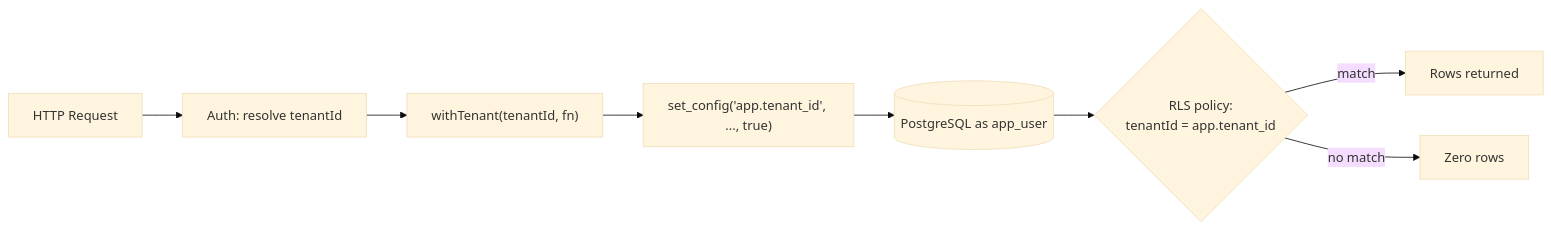
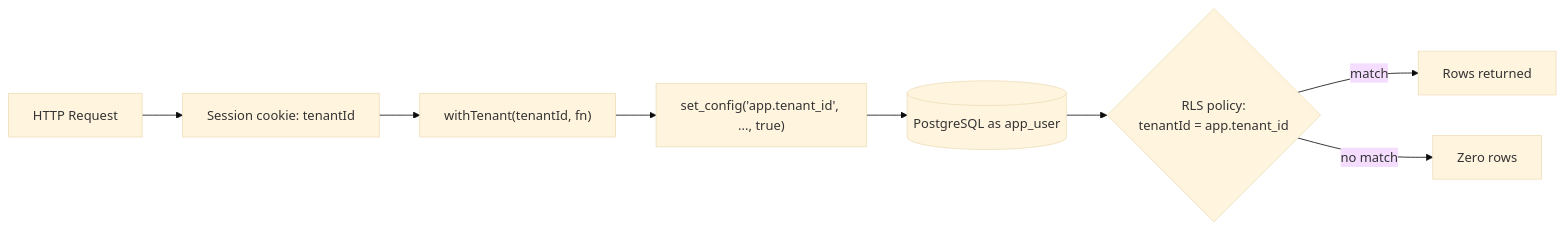
One commit to Tooba-Tanvir/tenantbook changed the second of 2 diagrams in README.md. Above: the diagram before and after it, drawn with Mermaid (base theme). The commit also changed other lines of this file, not shown here.

Commit message:
Week 2: booking APIs with idempotency, calendar UI, auth, RLS grants

````diff
--- a/README.md
+++ b/README.md
@@ -59,10 +135,10 @@
 ```mermaid
 flowchart LR
-  A[HTTP Request] --> B[Auth: resolve tenantId]
+  A[HTTP Request] --> B[Session cookie: tenantId]
   B --> C["withTenant(tenantId, fn)"]
   C --> D["set_config('app.tenant_id', ..., true)"]
   D --> E[(PostgreSQL as app_user)]
   E --> F{RLS policy:<br/>tenantId = app.tenant_id}
   F -->|match| G[Rows returned]
   F -->|no match| H[Zero rows]
 ```
````
